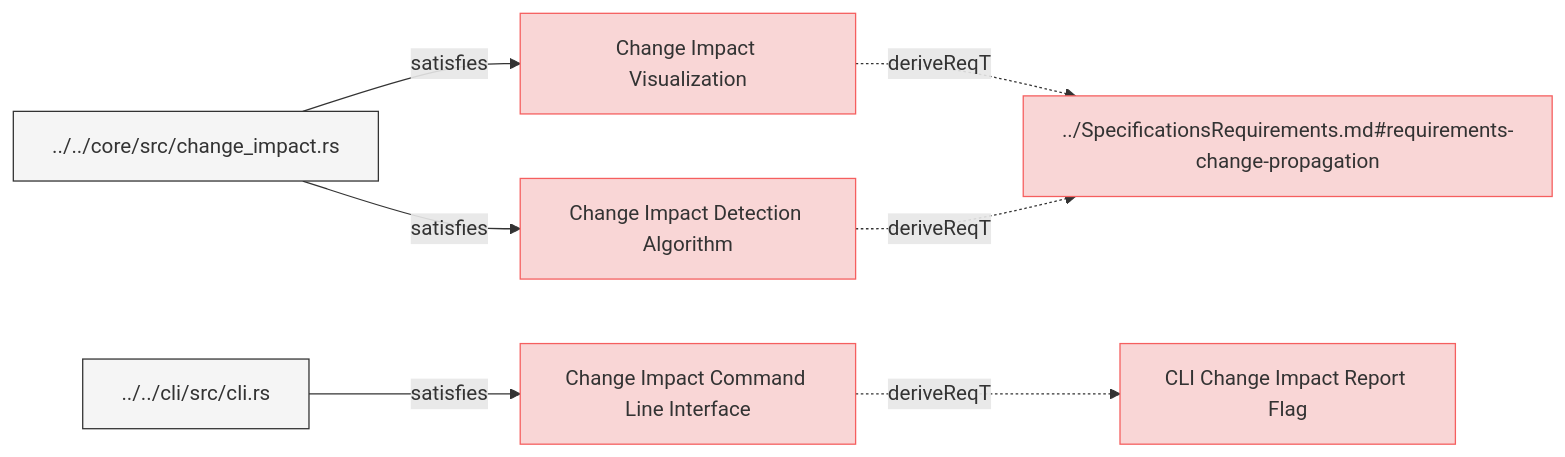
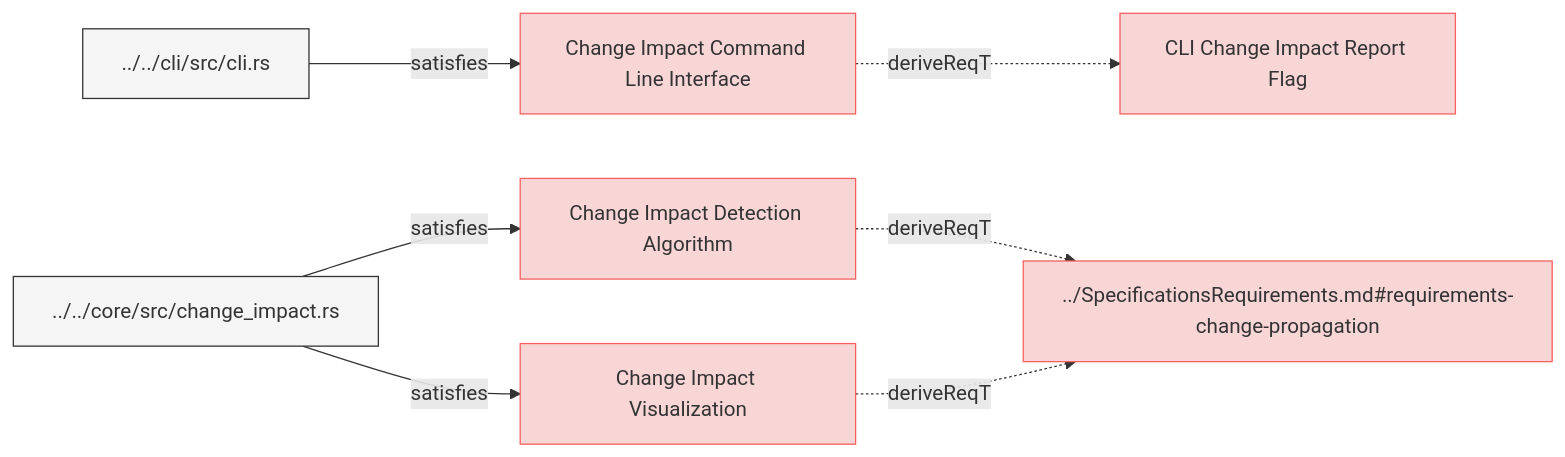
Before and after one commit to reqvire-org/reqvire: the diagram in specifications/SystemRequirements/ChangeImpactPropagation.md, drawn with Mermaid. The commit also changed 21 other files, not shown here.

````diff
--- a/specifications/SystemRequirements/ChangeImpactPropagation.md
+++ b/specifications/SystemRequirements/ChangeImpactPropagation.md
@@ -6,36 +6,36 @@
 ```mermaid
 graph LR;
   %% Graph styling
   classDef requirement fill:#f9d6d6,stroke:#f55f5f,stroke-width:1px;
   classDef verification fill:#d6f9d6,stroke:#5fd75f,stroke-width:1px;
   classDef externalLink fill:#d0e0ff,stroke:#3080ff,stroke-width:1px;
   classDef default fill:#f5f5f5,stroke:#333333,stroke-width:1px;
 
-  9e9a08e1333fd31["Change Impact Visualization"];
-  click 9e9a08e1333fd31 "https://github.com/ilijaljubicic/Reqvire/blob/8a68ca1eab81bac7964085e47777a0a92447c6a5/specifications/SystemRequirements/ChangeImpactPropagation.md#change-impact-visualization";
-  class 9e9a08e1333fd31 requirement;
-  2d15970eff910dc2["../SpecificationsRequirements.md#requirements-change-propagation"];
-  class 2d15970eff910dc2 requirement;
-  click 2d15970eff910dc2 "https://github.com/ilijaljubicic/Reqvire/blob/8a68ca1eab81bac7964085e47777a0a92447c6a5/specifications/SpecificationsRequirements.md#requirements-change-propagation";
-  9e9a08e1333fd31 -.->|deriveReqT| 2d15970eff910dc2;
-  3a36b9f74d4d889b["../../core/src/change_impact.rs"];
-  class 3a36b9f74d4d889b default;
-  click 3a36b9f74d4d889b "https://github.com/ilijaljubicic/Reqvire/blob/8a68ca1eab81bac7964085e47777a0a92447c6a5/core/src/change_impact.rs";
-  3a36b9f74d4d889b -->|satisfies| 9e9a08e1333fd31;
-  7cc5e857c8078367["Change Impact Command Line Interface"];
-  click 7cc5e857c8078367 "https://github.com/ilijaljubicic/Reqvire/blob/8a68ca1eab81bac7964085e47777a0a92447c6a5/specifications/SystemRequirements/ChangeImpactPropagation.md#change-impact-command-line-interface";
-  class 7cc5e857c8078367 requirement;
-  9a465de9fd86cbf3["CLI Change Impact Report Flag"];
-  class 9a465de9fd86cbf3 requirement;
-  click 9a465de9fd86cbf3 "https://github.com/ilijaljubicic/Reqvire/blob/8a68ca1eab81bac7964085e47777a0a92447c6a5/specifications/SystemRequirements/Requirements.md#cli-change-impact-report-flag";
-  7cc5e857c8078367 -.->|deriveReqT| 9a465de9fd86cbf3;
-  5fe26772336463bc["../../cli/src/cli.rs"];
-  class 5fe26772336463bc default;
-  click 5fe26772336463bc "https://github.com/ilijaljubicic/Reqvire/blob/8a68ca1eab81bac7964085e47777a0a92447c6a5/cli/src/cli.rs";
-  5fe26772336463bc -->|satisfies| 7cc5e857c8078367;
-  9967e71248da3061["Change Impact Detection Algorithm"];
-  click 9967e71248da3061 "https://github.com/ilijaljubicic/Reqvire/blob/8a68ca1eab81bac7964085e47777a0a92447c6a5/specifications/SystemRequirements/ChangeImpactPropagation.md#change-impact-detection-algorithm";
-  class 9967e71248da3061 requirement;
-  9967e71248da3061 -.->|deriveReqT| 2d15970eff910dc2;
-  3a36b9f74d4d889b -->|satisfies| 9967e71248da3061;
+  df07168dd5bc52f5["Change Impact Command Line Interface"];
+  click df07168dd5bc52f5 "https://github.com/Reqvire/reqvire/blob/f18e52f9f88c64f67a79abc4e93eb74b3ec22615/specifications/SystemRequirements/ChangeImpactPropagation.md#change-impact-command-line-interface";
+  class df07168dd5bc52f5 requirement;
+  c020978403254f09["CLI Change Impact Report Flag"];
+  class c020978403254f09 requirement;
+  click c020978403254f09 "https://github.com/Reqvire/reqvire/blob/f18e52f9f88c64f67a79abc4e93eb74b3ec22615/specifications/SystemRequirements/Requirements.md#cli-change-impact-report-flag";
+  df07168dd5bc52f5 -.->|deriveReqT| c020978403254f09;
+  2f21d2133dbfd205["../../cli/src/cli.rs"];
+  class 2f21d2133dbfd205 default;
+  click 2f21d2133dbfd205 "https://github.com/Reqvire/reqvire/blob/f18e52f9f88c64f67a79abc4e93eb74b3ec22615/cli/src/cli.rs";
+  2f21d2133dbfd205 -->|satisfies| df07168dd5bc52f5;
+  d46f18156c13fc62["Change Impact Detection Algorithm"];
+  click d46f18156c13fc62 "https://github.com/Reqvire/reqvire/blob/f18e52f9f88c64f67a79abc4e93eb74b3ec22615/specifications/SystemRequirements/ChangeImpactPropagation.md#change-impact-detection-algorithm";
+  class d46f18156c13fc62 requirement;
+  d914e938be7e0abf["../SpecificationsRequirements.md#requirements-change-propagation"];
+  class d914e938be7e0abf requirement;
+  click d914e938be7e0abf "https://github.com/Reqvire/reqvire/blob/f18e52f9f88c64f67a79abc4e93eb74b3ec22615/specifications/SpecificationsRequirements.md#requirements-change-propagation";
+  d46f18156c13fc62 -.->|deriveReqT| d914e938be7e0abf;
+  76acbdfdc0fba01e["../../core/src/change_impact.rs"];
+  class 76acbdfdc0fba01e default;
+  click 76acbdfdc0fba01e "https://github.com/Reqvire/reqvire/blob/f18e52f9f88c64f67a79abc4e93eb74b3ec22615/core/src/change_impact.rs";
+  76acbdfdc0fba01e -->|satisfies| d46f18156c13fc62;
+  b5f53f632fafec7e["Change Impact Visualization"];
+  click b5f53f632fafec7e "https://github.com/Reqvire/reqvire/blob/f18e52f9f88c64f67a79abc4e93eb74b3ec22615/specifications/SystemRequirements/ChangeImpactPropagation.md#change-impact-visualization";
+  class b5f53f632fafec7e requirement;
+  b5f53f632fafec7e -.->|deriveReqT| d914e938be7e0abf;
+  76acbdfdc0fba01e -->|satisfies| b5f53f632fafec7e;
 ```
````
